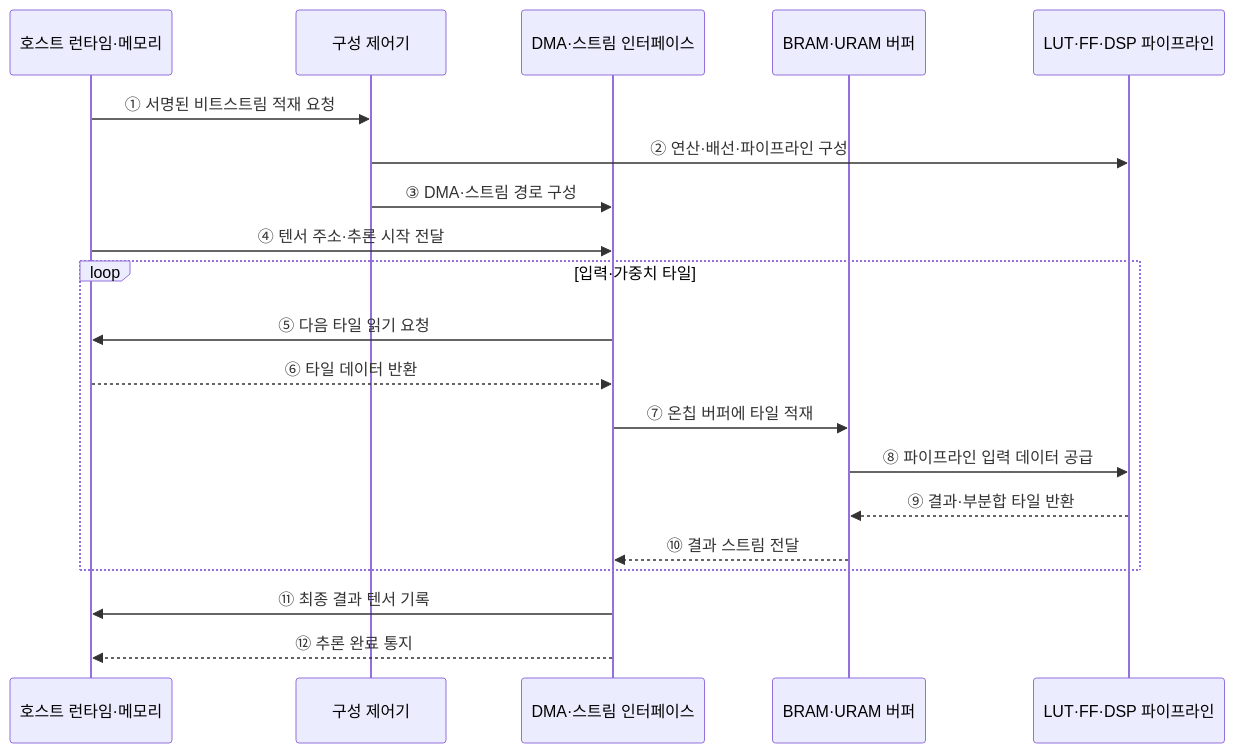
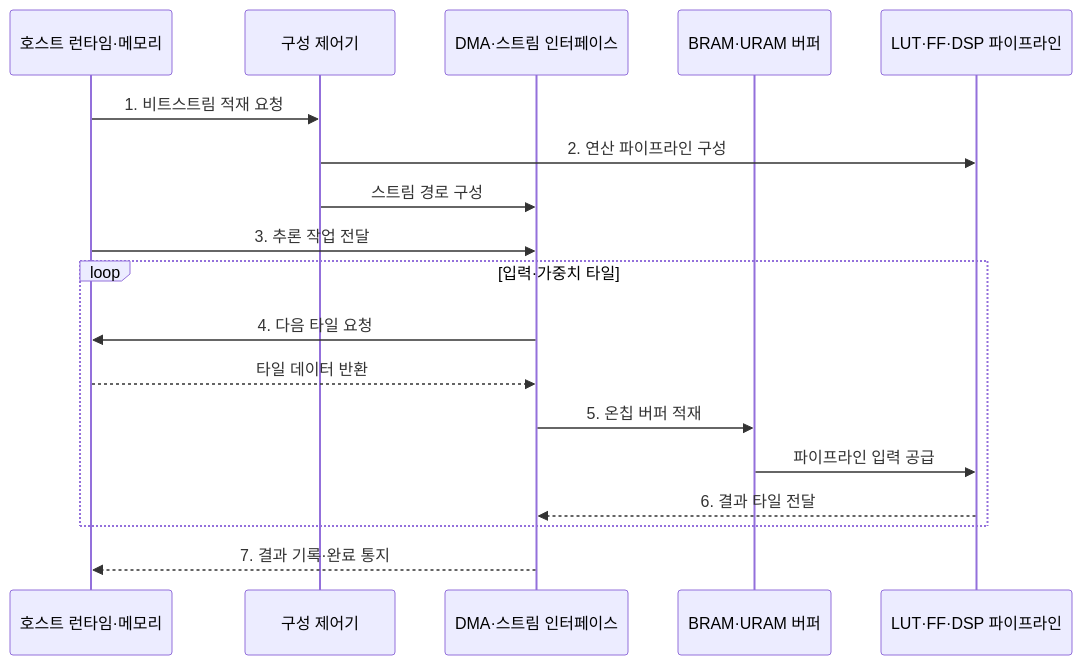
One commit to agnusdei1207/knowledge-base changed the second of 2 diagrams in src/content/docs/notes/02-hardware/039_fpga_ai_acceleration.md. Above: the diagram before and after it, drawn with Mermaid. The commit also changed other lines of this file and 20 other files, not shown here.

````diff
--- a/src/content/docs/notes/02-hardware/039_fpga_ai_acceleration.md
+++ b/src/content/docs/notes/02-hardware/039_fpga_ai_acceleration.md
@@ -92,23 +95,21 @@
 ```mermaid
 sequenceDiagram
     participant H as 호스트 런타임·메모리
     participant C as 구성 제어기
     participant D as DMA·스트림 인터페이스
     participant B as BRAM·URAM 버퍼
     participant P as LUT·FF·DSP 파이프라인
 
-    H->>C: ① 서명된 비트스트림 적재 요청
-    C->>P: ② 연산·배선·파이프라인 구성
-    C->>D: ③ DMA·스트림 경로 구성
-    H->>D: ④ 텐서 주소·추론 시작 전달
+    H->>C: 1. 비트스트림 적재 요청
+    C->>P: 2. 연산 파이프라인 구성
+    C->>D: 스트림 경로 구성
+    H->>D: 3. 추론 작업 전달
     loop 입력·가중치 타일
-        D->>H: ⑤ 다음 타일 읽기 요청
-        H-->>D: ⑥ 타일 데이터 반환
-        D->>B: ⑦ 온칩 버퍼에 타일 적재
-        B->>P: ⑧ 파이프라인 입력 데이터 공급
-        P-->>B: ⑨ 결과·부분합 타일 반환
-        B-->>D: ⑩ 결과 스트림 전달
+        D->>H: 4. 다음 타일 요청
+        H-->>D: 타일 데이터 반환
+        D->>B: 5. 온칩 버퍼 적재
+        B->>P: 파이프라인 입력 공급
+        P-->>D: 6. 결과 타일 전달
     end
-    D->>H: ⑪ 최종 결과 텐서 기록
-    D-->>H: ⑫ 추론 완료 통지
+    D-->>H: 7. 결과 기록·완료 통지
 ```
````
